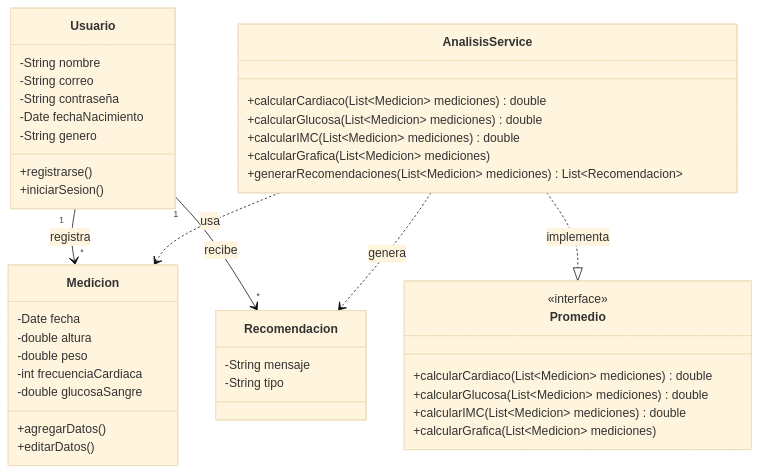
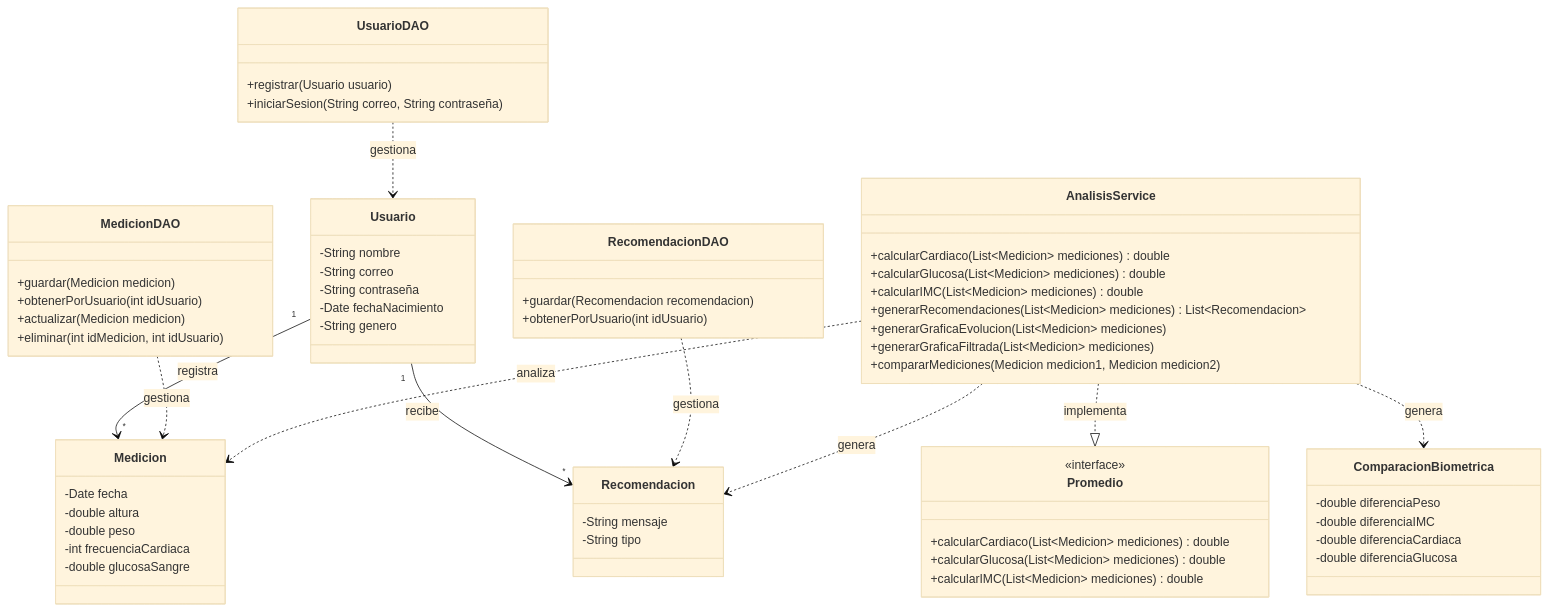
The diagram in Docs/UML.md (vcssoff/Proyecto), drawn with Mermaid (base theme) before and after one commit.

Commit message:
Update UML diagram and use case documentation

````diff
--- a/Docs/UML.md
+++ b/Docs/UML.md
@@ -3,49 +3,76 @@
 ```mermaid
 classDiagram
     class Usuario {
         -String nombre
         -String correo
         -String contraseña
         -Date fechaNacimiento
         -String genero
-        +registrarse()
-        +iniciarSesion()
     }
 
     class Medicion {
         -Date fecha
         -double altura
         -double peso
         -int frecuenciaCardiaca
         -double glucosaSangre
-        +agregarDatos()
-        +editarDatos()
     }
 
     class Recomendacion {
         -String mensaje
         -String tipo
     }
 
     class Promedio {
         <<interface>>
         +calcularCardiaco(List~Medicion~ mediciones) double
         +calcularGlucosa(List~Medicion~ mediciones) double
         +calcularIMC(List~Medicion~ mediciones) double
-        +calcularGrafica(List~Medicion~ mediciones)
     }
 
     class AnalisisService {
         +calcularCardiaco(List~Medicion~ mediciones) double
         +calcularGlucosa(List~Medicion~ mediciones) double
         +calcularIMC(List~Medicion~ mediciones) double
-        +calcularGrafica(List~Medicion~ mediciones)
         +generarRecomendaciones(List~Medicion~ mediciones) List~Recomendacion~
+        +generarGraficaEvolucion(List~Medicion~ mediciones)
+        +generarGraficaFiltrada(List~Medicion~ mediciones)
+        +compararMediciones(Medicion medicion1, Medicion medicion2)
+    }
+
+    class ComparacionBiometrica {
+        -double diferenciaPeso
+        -double diferenciaIMC
+        -double diferenciaCardiaca
+        -double diferenciaGlucosa
+    }
+
+    class UsuarioDAO {
+        +registrar(Usuario usuario)
+        +iniciarSesion(String correo, String contraseña)
+    }
+
+    class MedicionDAO {
+        +guardar(Medicion medicion)
+        +obtenerPorUsuario(int idUsuario)
+        +actualizar(Medicion medicion)
+        +eliminar(int idMedicion, int idUsuario)
+    }
+
+    class RecomendacionDAO {
+        +guardar(Recomendacion recomendacion)
+        +obtenerPorUsuario(int idUsuario)
     }
 
     Usuario "1" --> "*" Medicion : registra
     Usuario "1" --> "*" Recomendacion : recibe
+
+    UsuarioDAO ..> Usuario : gestiona
+    MedicionDAO ..> Medicion : gestiona
+    RecomendacionDAO ..> Recomendacion : gestiona
+
     AnalisisService ..|> Promedio : implementa
-    AnalisisService ..> Medicion : usa
+    AnalisisService ..> Medicion : analiza
     AnalisisService ..> Recomendacion : genera
+    AnalisisService ..> ComparacionBiometrica : genera
 ```
````
